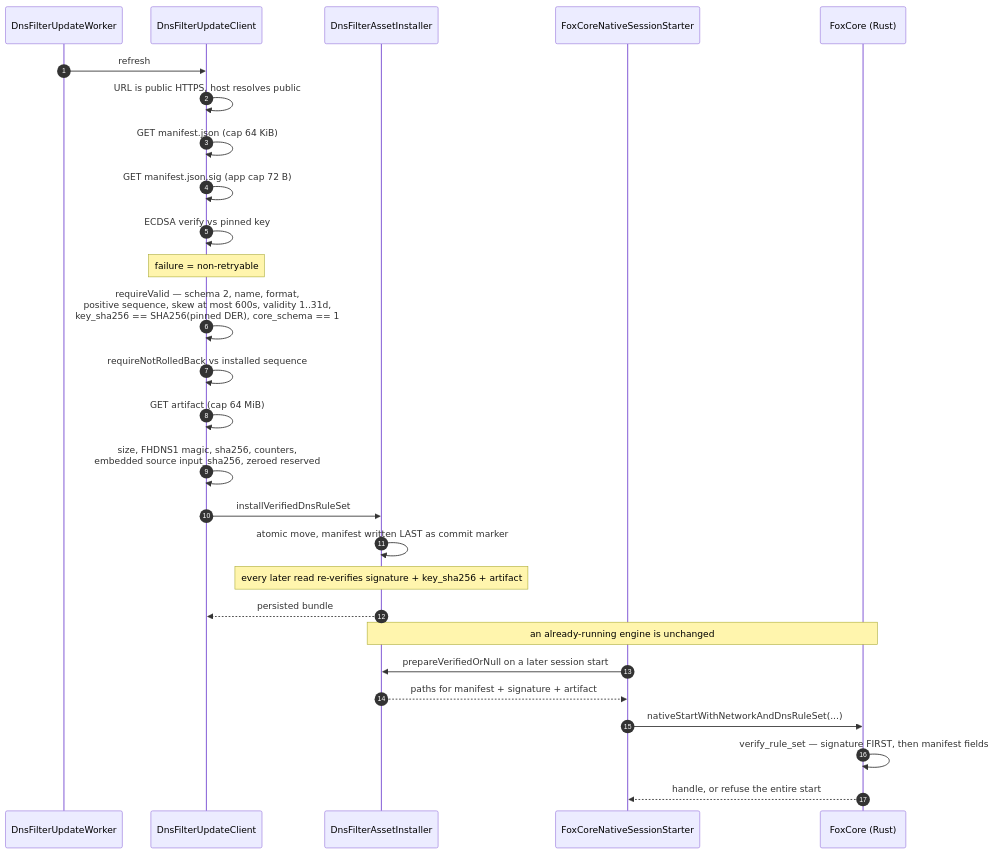
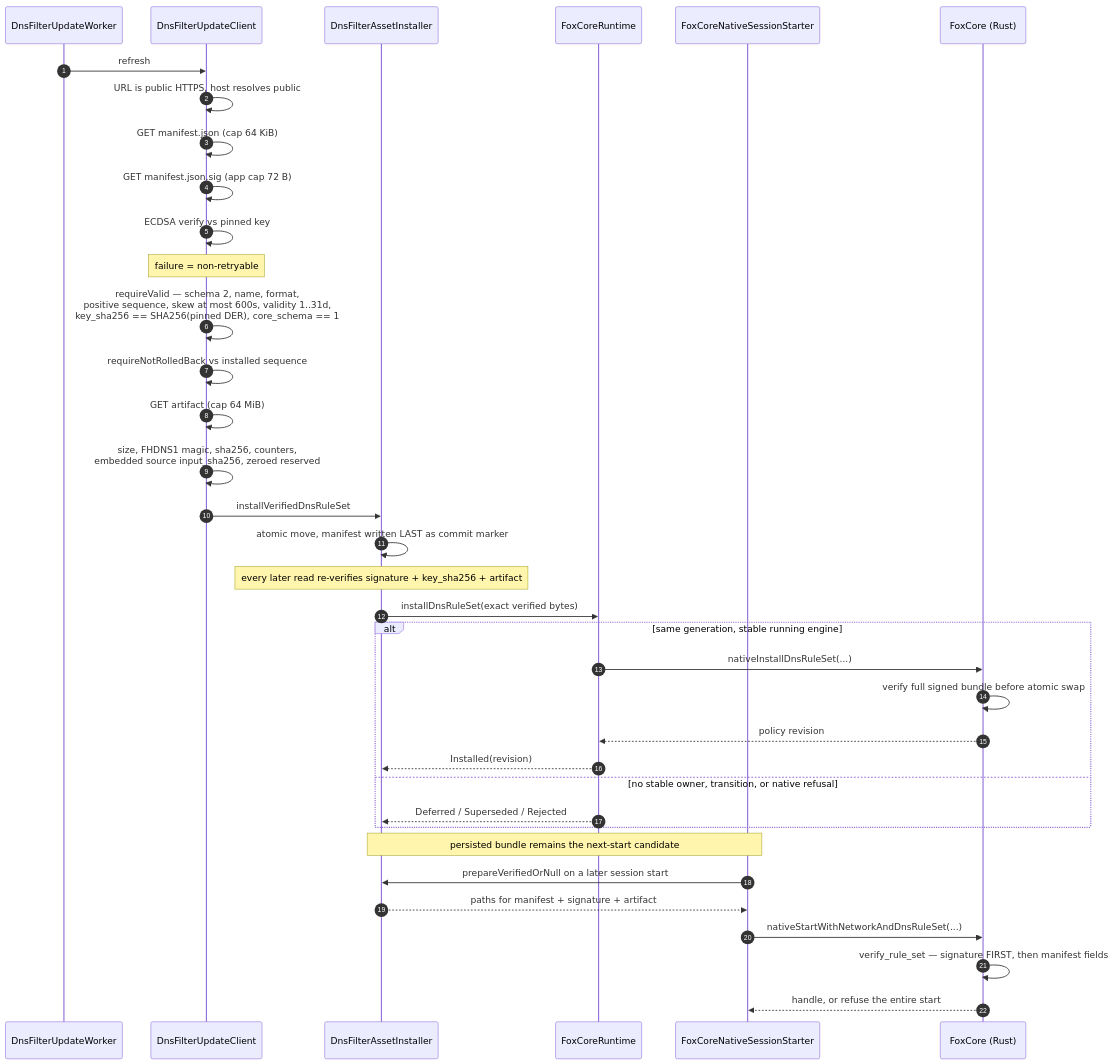
One commit to foxhole-team/foxhole-core changed the third of 6 diagrams in docs/architecture/03-updates-and-data-delivery.md. Above: the diagram before and after it, drawn with Mermaid. The commit also changed other lines of this file and 72 other files, not shown here.

Commit message:
FoxCore 0.0.3: bound the netstack and harden release builds

````diff
--- a/docs/architecture/03-updates-and-data-delivery.md
+++ b/docs/architecture/03-updates-and-data-delivery.md
@@ -85,30 +85,39 @@
 ```mermaid
 sequenceDiagram
     autonumber
     participant W as DnsFilterUpdateWorker
     participant C as DnsFilterUpdateClient
     participant I as DnsFilterAssetInstaller
+    participant R as FoxCoreRuntime
     participant S as FoxCoreNativeSessionStarter
     participant N as FoxCore (Rust)
 
     W->>C: refresh
     C->>C: URL is public HTTPS, host resolves public
     C->>C: GET manifest.json (cap 64 KiB)
     C->>C: GET manifest.json.sig (app cap 72 B)
     C->>C: ECDSA verify vs pinned key
     Note over C: failure = non-retryable
     C->>C: requireValid — schema 2, name, format,<br/>positive sequence, skew at most 600s, validity 1..31d,<br/>key_sha256 == SHA256(pinned DER), core_schema == 1
     C->>C: requireNotRolledBack vs installed sequence
     C->>C: GET artifact (cap 64 MiB)
     C->>C: size, FHDNS1 magic, sha256, counters,<br/>embedded source input_sha256, zeroed reserved
     C->>I: installVerifiedDnsRuleSet
     I->>I: atomic move, manifest written LAST as commit marker
     Note over I: every later read re-verifies signature + key_sha256 + artifact
-    I-->>C: persisted bundle
-    Note over I,N: an already-running engine is unchanged
+    I->>R: installDnsRuleSet(exact verified bytes)
+    alt same generation, stable running engine
+        R->>N: nativeInstallDnsRuleSet(...)
+        N->>N: verify full signed bundle before atomic swap
+        N-->>R: policy revision
+        R-->>I: Installed(revision)
+    else no stable owner, transition, or native refusal
+        R-->>I: Deferred / Superseded / Rejected
+    end
+    Note over I,S: persisted bundle remains the next-start candidate
     S->>I: prepareVerifiedOrNull on a later session start
     I-->>S: paths for manifest + signature + artifact
     S->>N: nativeStartWithNetworkAndDnsRuleSet(...)
     N->>N: verify_rule_set — signature FIRST, then manifest fields
     N-->>S: handle, or refuse the entire start
 ```
````
